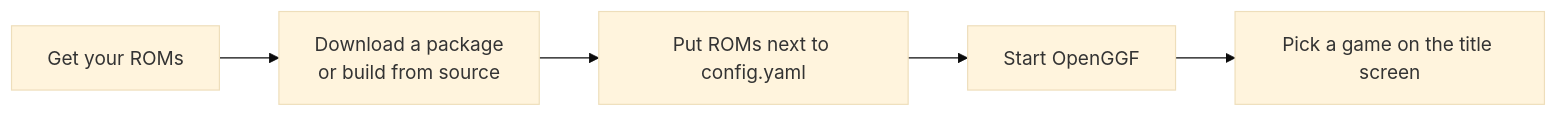
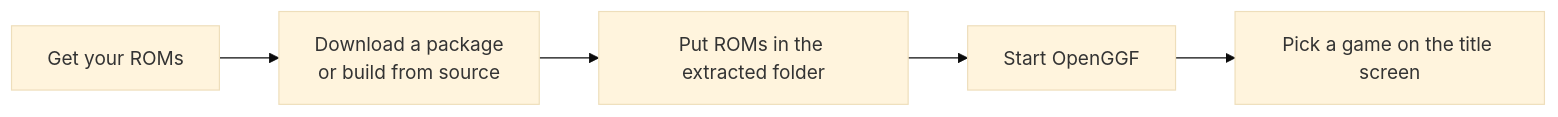
Before and after one commit to OpenGGF/OpenGGF: the diagram in docs/guide/playing/getting-started.md, drawn with Mermaid (base theme). The commit also changed other lines of this file and 35 other files, not shown here.

````diff
--- a/docs/guide/playing/getting-started.md
+++ b/docs/guide/playing/getting-started.md
@@ -7,7 +7,7 @@
 ```mermaid
 flowchart LR
     A[Get your ROMs] --> B[Download a package<br/>or build from source]
-    B --> C[Put ROMs next to config.yaml]
+    B --> C[Put ROMs in the extracted folder]
     C --> D[Start OpenGGF]
     D --> E[Pick a game on the title screen]
 ```
````
